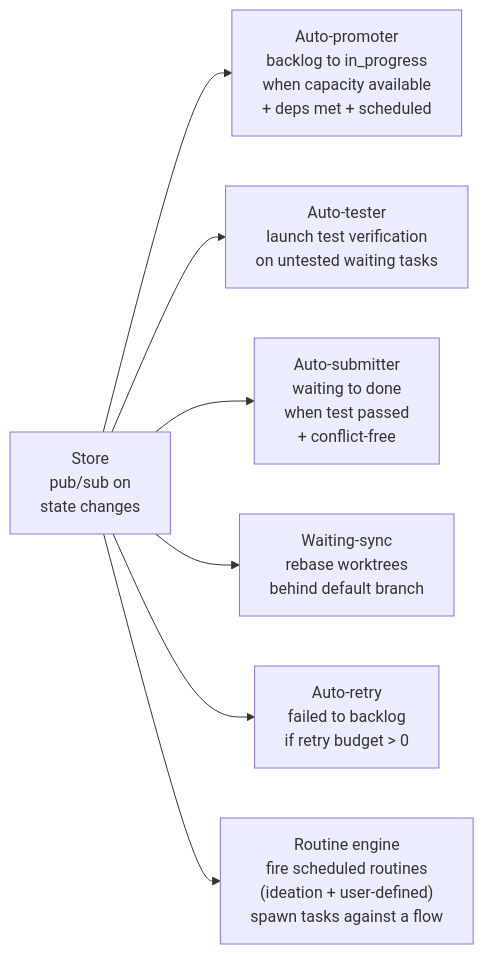
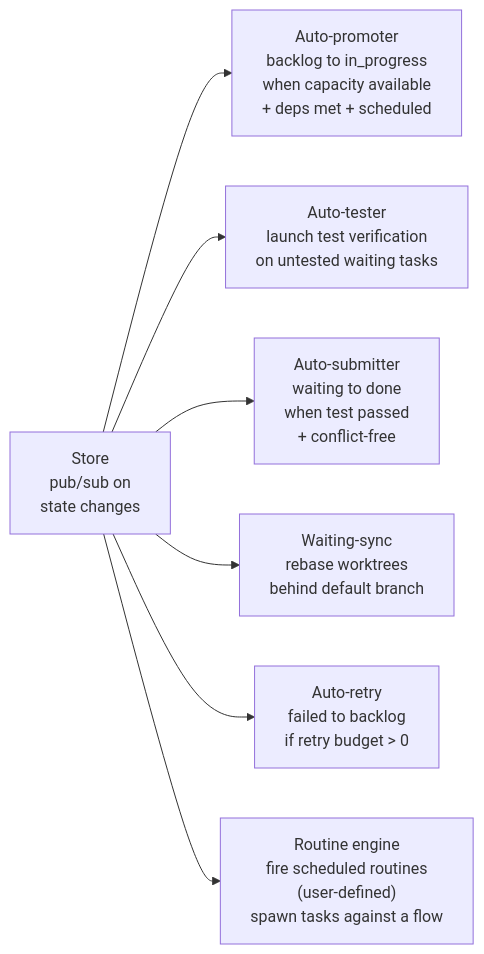
Before and after one commit to changkun/wallfacer: the fourth of 6 diagrams in docs/internals/architecture.md, drawn with Mermaid. The commit also changed other lines of this file and 16 other files, not shown here.

First line of the commit message:
docs+frontend: retire idea-agent/brainstorm; routine-based ideation (R6)

````diff
--- a/docs/internals/architecture.md
+++ b/docs/internals/architecture.md
@@ -128,11 +128,11 @@
 ```mermaid
 flowchart LR
     PubSub["Store<br/>pub/sub on<br/>state changes"]
 
     PubSub --> Promoter["Auto-promoter<br/>backlog to in_progress<br/>when capacity available<br/>+ deps met + scheduled"]
     PubSub --> Tester["Auto-tester<br/>launch test verification<br/>on untested waiting tasks"]
     PubSub --> Submitter["Auto-submitter<br/>waiting to done<br/>when test passed<br/>+ conflict-free"]
     PubSub --> Sync["Waiting-sync<br/>rebase worktrees<br/>behind default branch"]
     PubSub --> Retry["Auto-retry<br/>failed to backlog<br/>if retry budget > 0"]
-    PubSub --> Routines["Routine engine<br/>fire scheduled routines<br/>(ideation + user-defined)<br/>spawn tasks against a flow"]
+    PubSub --> Routines["Routine engine<br/>fire scheduled routines<br/>(user-defined)<br/>spawn tasks against a flow"]
 ```
````
